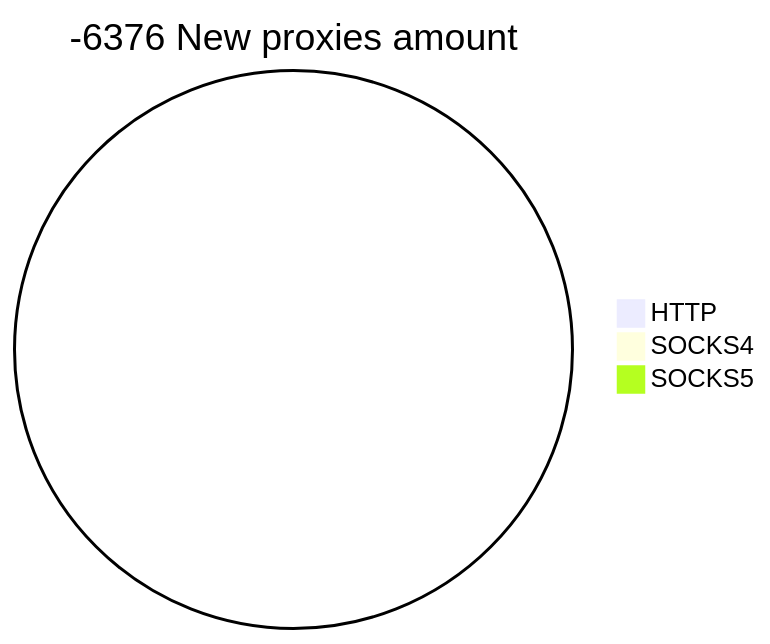
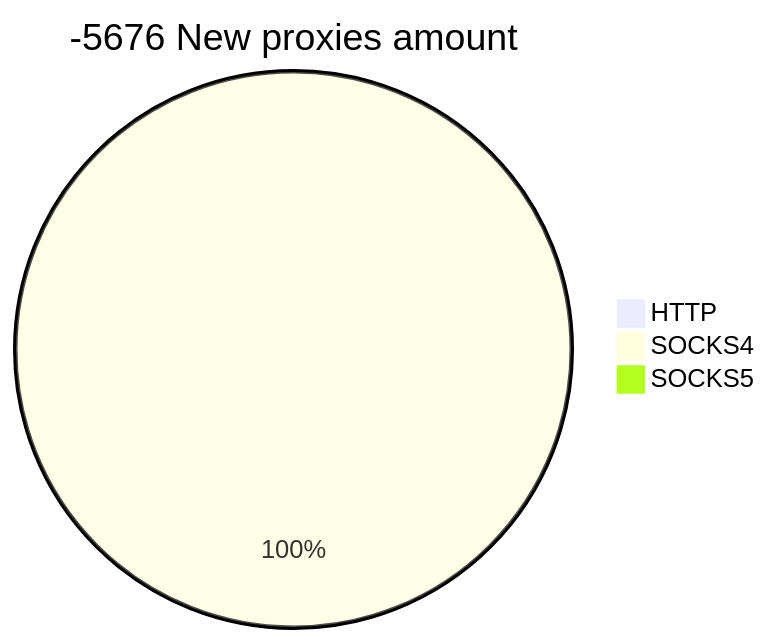
One commit to cutipu/proxylist changed the second of 2 diagrams in README.md. Above: the diagram before and after it, drawn with Mermaid. The commit also changed other lines of this file, not shown here.

````diff
--- a/README.md
+++ b/README.md
@@ -10,6 +10,6 @@
 ```mermaid
-pie title -6376 New proxies amount
+pie title -5676 New proxies amount
     "HTTP" : 0
-    "SOCKS4" : 0
+    "SOCKS4" : 5870
     "SOCKS5" : 0
 ```
````
